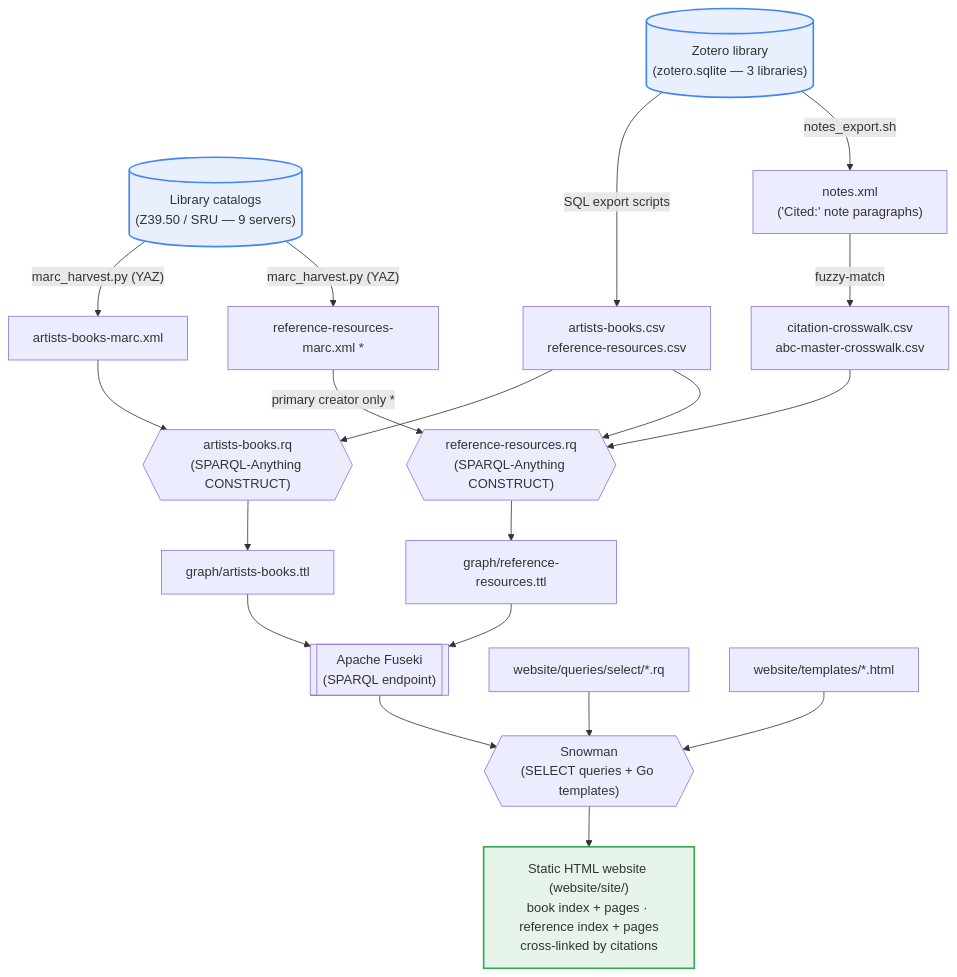
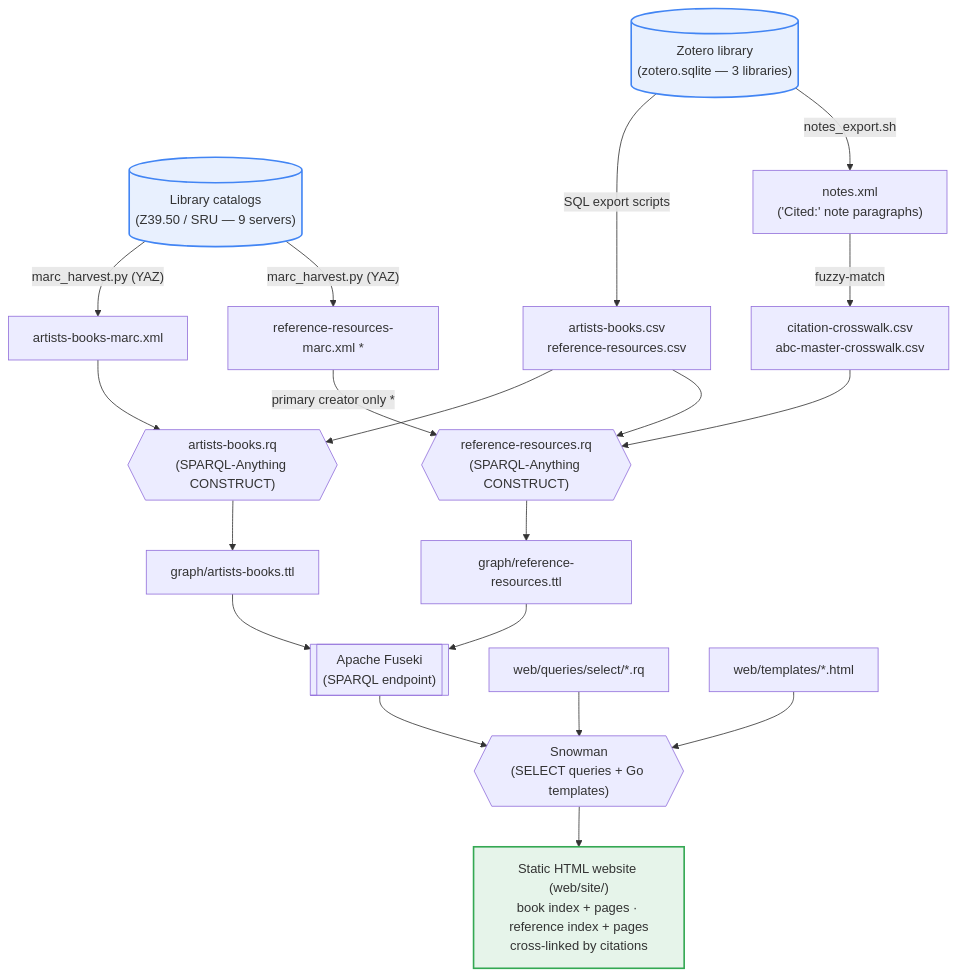
Before and after one commit to dkglab/artists-books: the diagram in docs/PIPELINE.md, drawn with Mermaid. The commit also changed 13 other files, not shown here.

First line of the commit message:
chore: rename website/ to web/ (output now web/site/)

````diff
--- a/docs/PIPELINE.md
+++ b/docs/PIPELINE.md
@@ -5,57 +5,57 @@
 ```mermaid
 flowchart TD
     %% ---- Inputs ----
     zotero[("Zotero library<br/>(zotero.sqlite — 3 libraries)")]
     catalogs[("Library catalogs<br/>(Z39.50 / SRU — 9 servers)")]
 
     %% ---- Stage 1: source extraction ----
     zotero -->|"SQL export scripts"| csvs["artists-books.csv<br/>reference-resources.csv"]
     zotero -->|"notes_export.sh"| notes["notes.xml<br/>('Cited:' note paragraphs)"]
     notes -->|"fuzzy-match"| crosswalks["citation-crosswalk.csv<br/>abc-master-crosswalk.csv"]
 
     catalogs -->|"marc_harvest.py (YAZ)"| marc["artists-books-marc.xml"]
     catalogs -->|"marc_harvest.py (YAZ)"| refmarc["reference-resources-marc.xml *"]
 
     %% ---- Stage 2: CONSTRUCT queries (SPARQL-Anything) ----
     csvs --> abrq{{"artists-books.rq<br/>(SPARQL-Anything CONSTRUCT)"}}
     marc --> abrq
     csvs --> refrq{{"reference-resources.rq<br/>(SPARQL-Anything CONSTRUCT)"}}
     crosswalks --> refrq
     refmarc -->|"primary creator only *"| refrq
 
     abrq --> abttl["graph/artists-books.ttl"]
     refrq --> refttl["graph/reference-resources.ttl"]
 
     %% ---- Stage 3: graph store ----
     abttl --> fuseki[["Apache Fuseki<br/>(SPARQL endpoint)"]]
     refttl --> fuseki
 
     %% ---- Stage 4: site generation ----
     fuseki --> snowman{{"Snowman<br/>(SELECT queries + Go templates)"}}
-    selects["website/queries/select/*.rq"] --> snowman
-    templates["website/templates/*.html"] --> snowman
+    selects["web/queries/select/*.rq"] --> snowman
+    templates["web/templates/*.html"] --> snowman
 
     %% ---- Output ----
-    snowman --> site["Static HTML website (website/site/)<br/>book index + pages · reference index + pages<br/>cross-linked by citations"]
+    snowman --> site["Static HTML website (web/site/)<br/>book index + pages · reference index + pages<br/>cross-linked by citations"]
 
     %% ---- Clickable links to the README sections that document each stage ----
     %% Absolute URLs: GitHub renders Mermaid in a sandboxed iframe where
     %% relative paths resolve against viewscreen.githubusercontent.com and break.
     click csvs "https://github.com/dkglab/artists-books/blob/main/README.md#1-zotero--csv" "README §1: Zotero → CSV"
     click notes "https://github.com/dkglab/artists-books/blob/main/README.md#1-zotero--csv" "README §1: Zotero → CSV"
     click crosswalks "https://github.com/dkglab/artists-books/blob/main/README.md#1-zotero--csv" "README §1: Zotero → CSV"
     click marc "https://github.com/dkglab/artists-books/blob/main/README.md#2-library-catalogs--marcxml" "README §2: Library catalogs → MARCXML"
     click refmarc "https://github.com/dkglab/artists-books/blob/main/README.md#2-library-catalogs--marcxml" "README §2: Library catalogs → MARCXML"
     click abrq "https://github.com/dkglab/artists-books/blob/main/README.md#3-csv--marcxml--rdf-graph" "README §3: CSV + MARCXML → RDF graph"
     click refrq "https://github.com/dkglab/artists-books/blob/main/README.md#3-csv--marcxml--rdf-graph" "README §3: CSV + MARCXML → RDF graph"
     click abttl "https://github.com/dkglab/artists-books/blob/main/README.md#3-csv--marcxml--rdf-graph" "README §3: CSV + MARCXML → RDF graph"
     click refttl "https://github.com/dkglab/artists-books/blob/main/README.md#3-csv--marcxml--rdf-graph" "README §3: CSV + MARCXML → RDF graph"
     click fuseki "https://github.com/dkglab/artists-books/blob/main/README.md#4-rdf-graph--website" "README §4: RDF graph → website"
     click snowman "https://github.com/dkglab/artists-books/blob/main/README.md#4-rdf-graph--website" "README §4: RDF graph → website"
     click site "https://github.com/dkglab/artists-books/blob/main/README.md#4-rdf-graph--website" "README §4: RDF graph → website"
 
     classDef input fill:#e8f0fe,stroke:#4285f4,stroke-width:2px;
     classDef output fill:#e6f4ea,stroke:#34a853,stroke-width:2px;
     class zotero,catalogs input;
     class site output;
 ```
````
